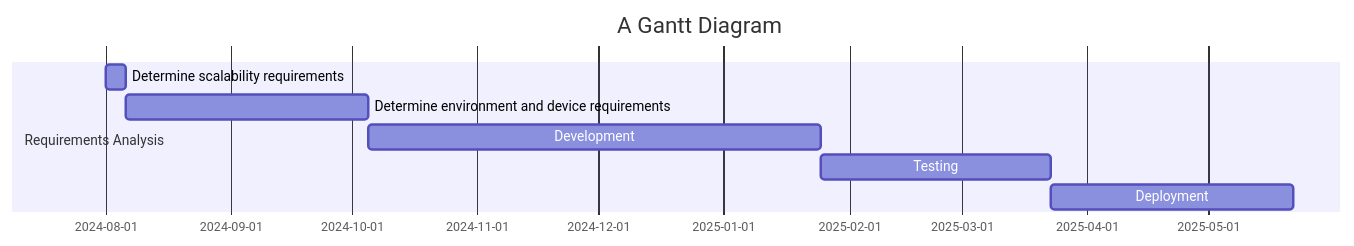
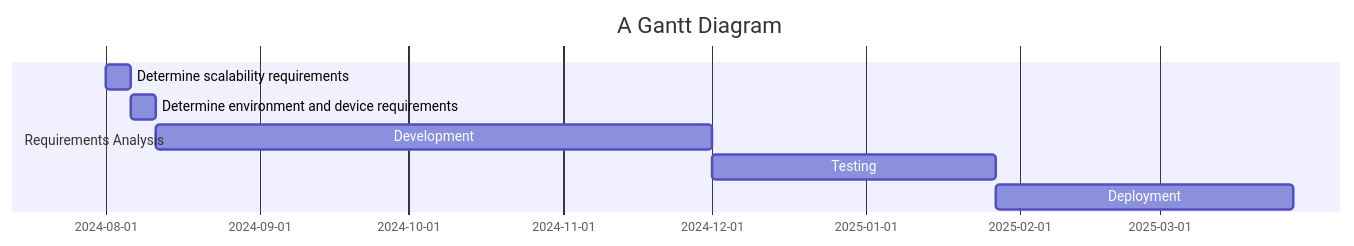
Before and after one commit to sayshelley/iodraw-files: the diagram in all/Code Gantt Chart.md, drawn with Mermaid.

Commit message:
2024-10-04 22:31:01 update

````diff
--- a/all/Code Gantt Chart.md
+++ b/all/Code Gantt Chart.md
@@ -1,15 +1,15 @@
 ```mermaid
 gantt
     title A Gantt Diagram
     dateFormat  YYYY-MM-DD
     section Requirements Analysis
     Determine scalability requirements :a1, 2024-08-01, 5d
-    Determine environment and device requirements :a2, after a1, 60d
+    Determine environment and device requirements :a2, after a1, 5d
     Development: a3, after a2, 112d
     Testing: a4, after a3, 57d
     Deployment : a5, after a4, 60d
     
 
 
    
 ```
````
